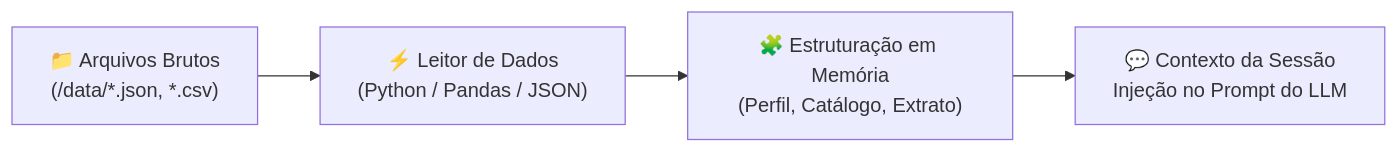
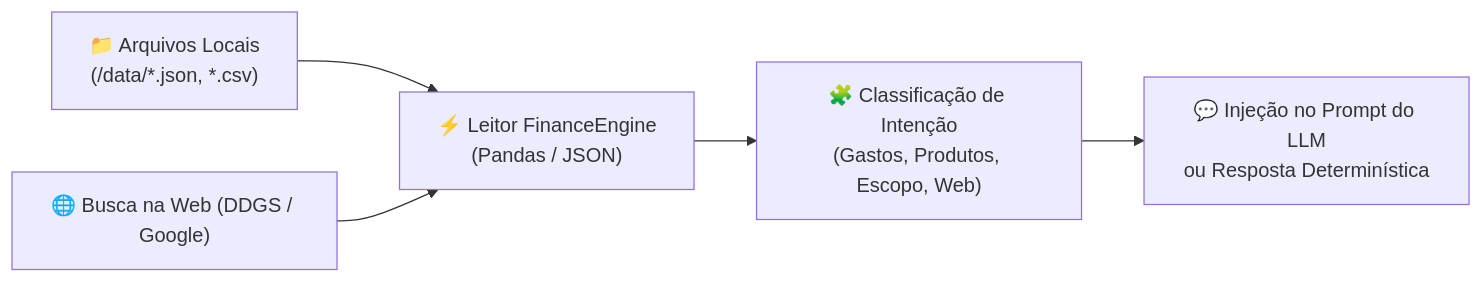
One commit to Mister-N-Oliveira/dio-lab-bia-do-futuro changed the second of 2 diagrams in docs/02-base-conhecimento.md. Above: the diagram before and after it, drawn with Mermaid. The commit also changed other lines of this file, not shown here.

````diff
--- a/docs/02-base-conhecimento.md
+++ b/docs/02-base-conhecimento.md
@@ -132,6 +131,7 @@
 ```mermaid
 flowchart LR
-    A["📁 Arquivos Brutos\n(/data/*.json, *.csv)"] --> B["⚡ Leitor de Dados\n(Python / Pandas / JSON)"]
-    B --> C["🧩 Estruturação em Memória\n(Perfil, Catálogo, Extrato)"]
-    C --> D["💬 Contexto da Sessão\nInjeção no Prompt do LLM"]
+    A["📁 Arquivos Locais\n(/data/*.json, *.csv)"] --> B["⚡ Leitor FinanceEngine\n(Pandas / JSON)"]
+    W["🌐 Busca na Web (DDGS / Google)"] --> B
+    B --> C["🧩 Classificação de Intenção\n(Gastos, Produtos, Escopo, Web)"]
+    C --> D["💬 Injeção no Prompt do LLM\nou Resposta Determinística"]
 ```
````
